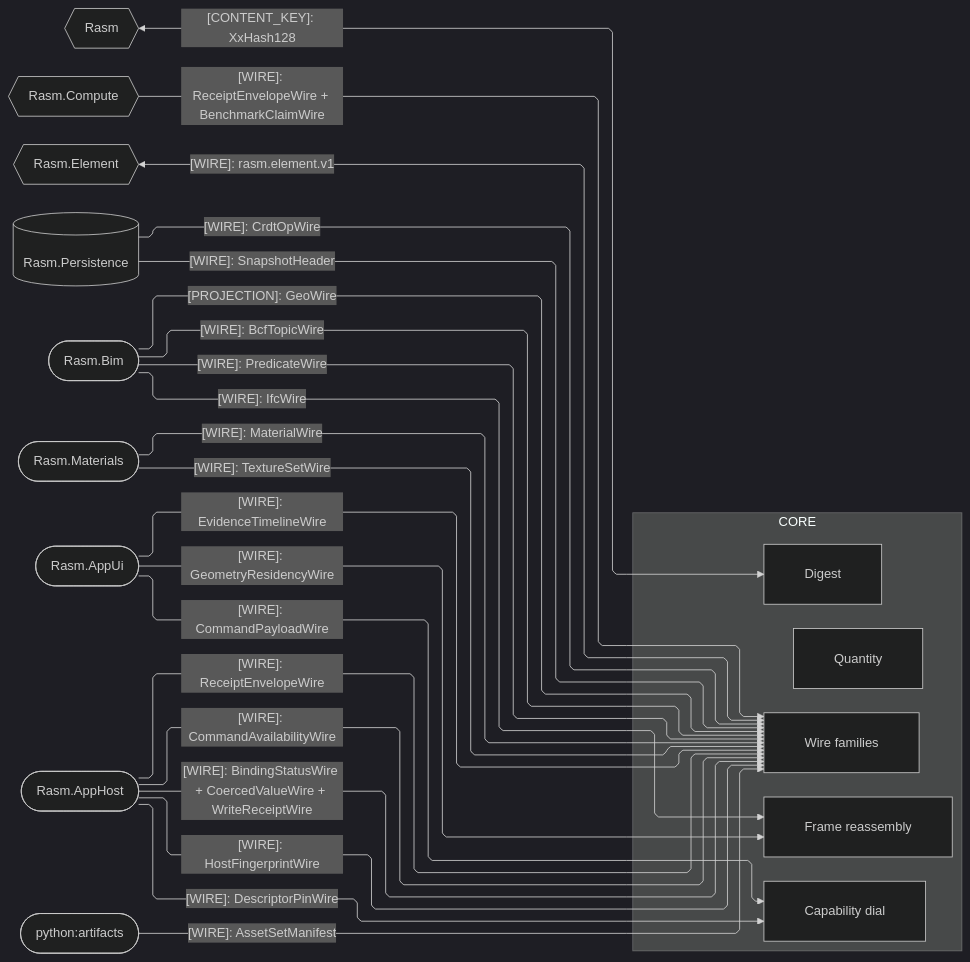
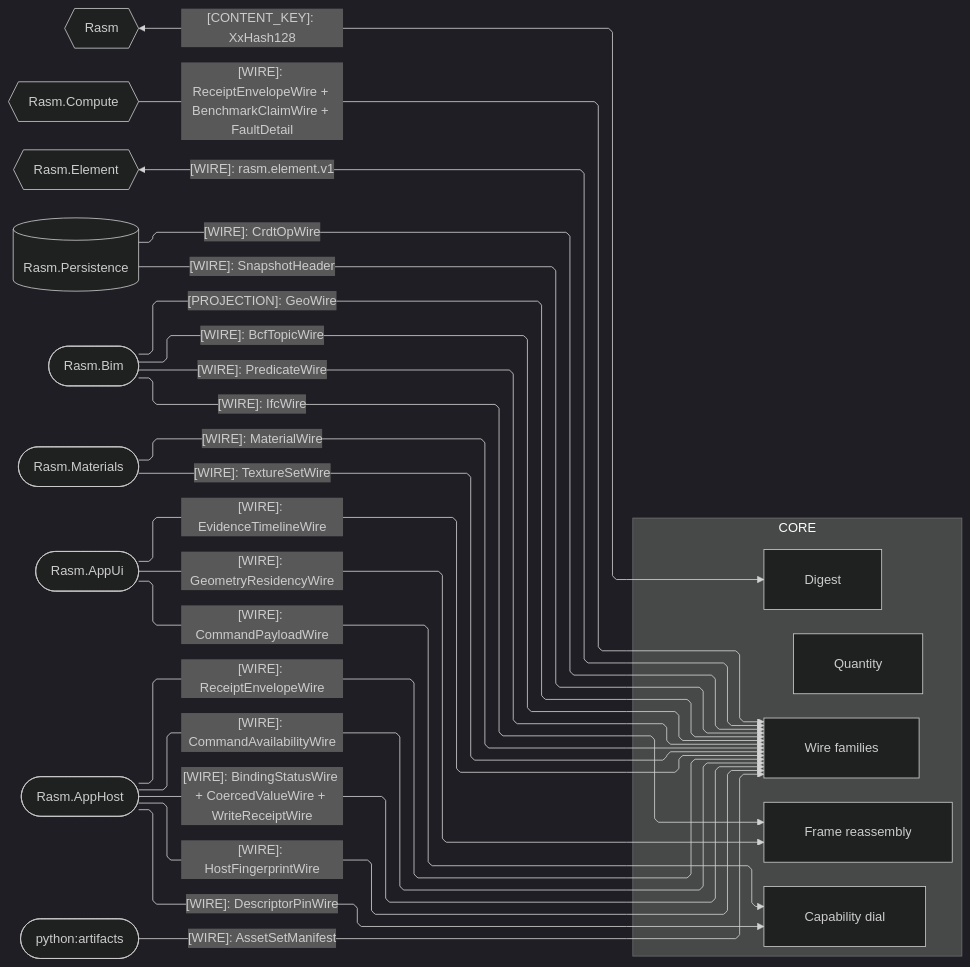
One commit to bsamiee/Rasm changed the second of 4 diagrams in libs/typescript/core/ARCHITECTURE.md. Above: the diagram before and after it, drawn with Mermaid (dark theme). The commit also changed other lines of this file and 272 other files, not shown here.

````diff
--- a/libs/typescript/core/ARCHITECTURE.md
+++ b/libs/typescript/core/ARCHITECTURE.md
@@ -127,48 +127,48 @@
 ```mermaid
 ---
 config:
   layout: elk
   flowchart:
     curve: linear
     padding: 25
 ---
 flowchart LR
     accTitle: Core wire-plane seam registry
     accDescr: Wire, Frame, and Invoke admit peer-owned contracts; every external edge preserves its producer spelling.
     subgraph core[CORE]
         Digest[Digest]
         Quantity[Quantity]
         Wire[Wire families]
         Frame[Frame reassembly]
         Invoke[Capability dial]
     end
     Rasm{{Rasm}}
     Compute{{Rasm.Compute}}
     Element{{Rasm.Element}}
     Persistence[(Rasm.Persistence)]
     Bim([Rasm.Bim])
     Materials([Rasm.Materials])
     AppUi([Rasm.AppUi])
     AppHost([Rasm.AppHost])
     Artifacts([python:artifacts])
     Rasm e1@<-->|"[CONTENT_KEY]: XxHash128"| Digest
-    Compute e2@-->|"[WIRE]: ReceiptEnvelopeWire + BenchmarkClaimWire"| Wire
+    Compute e2@-->|"[WIRE]: ReceiptEnvelopeWire + BenchmarkClaimWire + FaultDetail"| Wire
     Element e3@<-->|"[WIRE]: rasm.element.v1"| Wire
     Persistence e4@-->|"[WIRE]: CrdtOpWire"| Wire
     Persistence e5@-->|"[WIRE]: SnapshotHeader"| Wire
     Bim e6@-->|"[WIRE]: IfcWire"| Frame
     Bim e7@-->|"[WIRE]: BcfTopicWire"| Wire
     Bim e8@-->|"[WIRE]: PredicateWire"| Wire
     Materials e9@-->|"[WIRE]: MaterialWire"| Wire
     Materials e10@-->|"[WIRE]: TextureSetWire"| Wire
     Artifacts e11@-->|"[WIRE]: AssetSetManifest"| Wire
     AppUi e12@-->|"[WIRE]: CommandPayloadWire"| Invoke
     AppUi e13@-->|"[WIRE]: GeometryResidencyWire"| Frame
     AppUi e14@-->|"[WIRE]: EvidenceTimelineWire"| Wire
     AppHost e15@-->|"[WIRE]: DescriptorPinWire"| Invoke
     AppHost e16@-->|"[WIRE]: ReceiptEnvelopeWire"| Wire
     AppHost e17@-->|"[WIRE]: CommandAvailabilityWire"| Wire
     AppHost e18@-->|"[WIRE]: BindingStatusWire + CoercedValueWire + WriteReceiptWire"| Wire
     AppHost e19@-->|"[WIRE]: HostFingerprintWire"| Wire
     Bim e20@-->|"[PROJECTION]: GeoWire"| Wire
 ```
````
